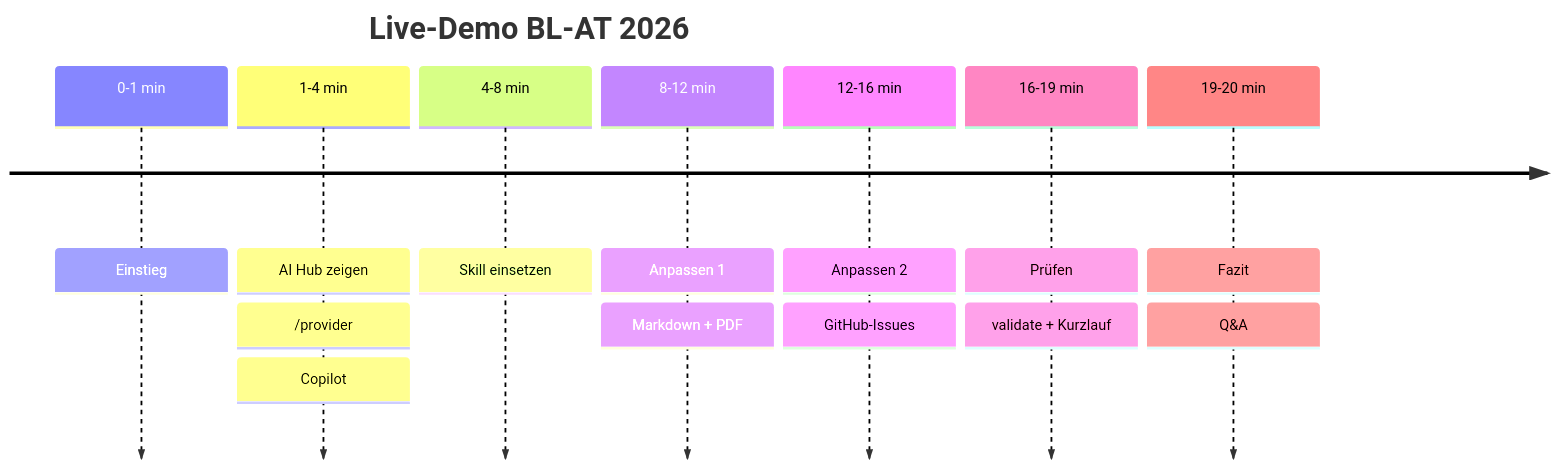
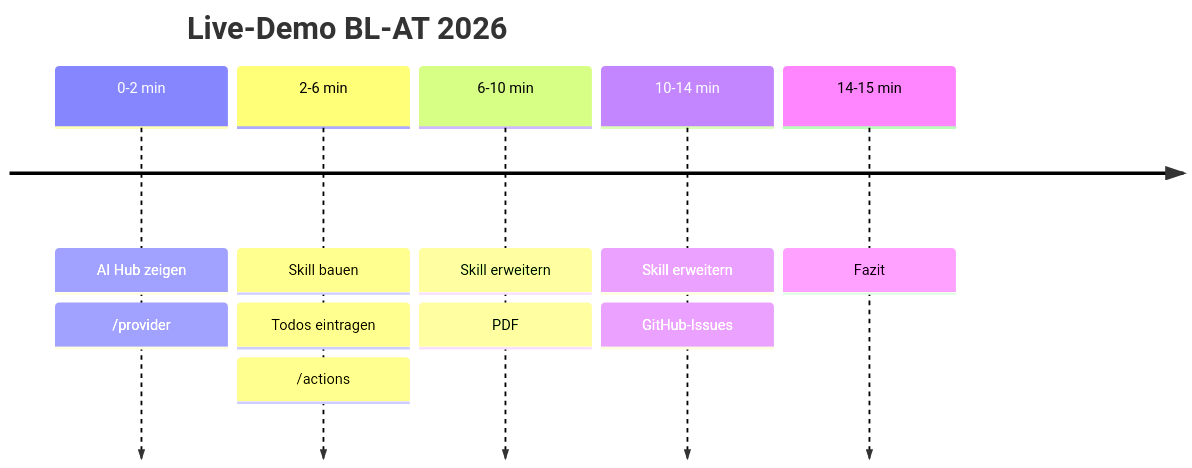
One commit to a-lottes/Agent-Template changed the fourth of 4 diagrams in docs/demo/00-setup/VISUELL.md. Above: the diagram before and after it, drawn with Mermaid. The commit also changed other lines of this file and 16 other files, not shown here.

Commit message:
Docs consistent with the repo-only flow: rewritten step docs, index, diagrams; old variants moved to docs/demo/archiv

````diff
--- a/docs/demo/00-setup/VISUELL.md
+++ b/docs/demo/00-setup/VISUELL.md
@@ -63,11 +57,9 @@
 ```mermaid
 timeline
     title Live-Demo BL-AT 2026
-    0-1 min   : Einstieg
-    1-4 min   : AI Hub zeigen : /provider : Copilot
-    4-8 min   : Skill einsetzen
-    8-12 min  : Anpassen 1 : Markdown + PDF
-    12-16 min : Anpassen 2 : GitHub-Issues
-    16-19 min : Prüfen : validate + Kurzlauf
-    19-20 min : Fazit : Q&A
+    0-2 min   : AI Hub zeigen : /provider
+    2-6 min   : Skill bauen : Todos eintragen : /actions
+    6-10 min  : Skill erweitern : PDF
+    10-14 min : Skill erweitern : GitHub-Issues
+    14-15 min : Fazit
 ```
````
